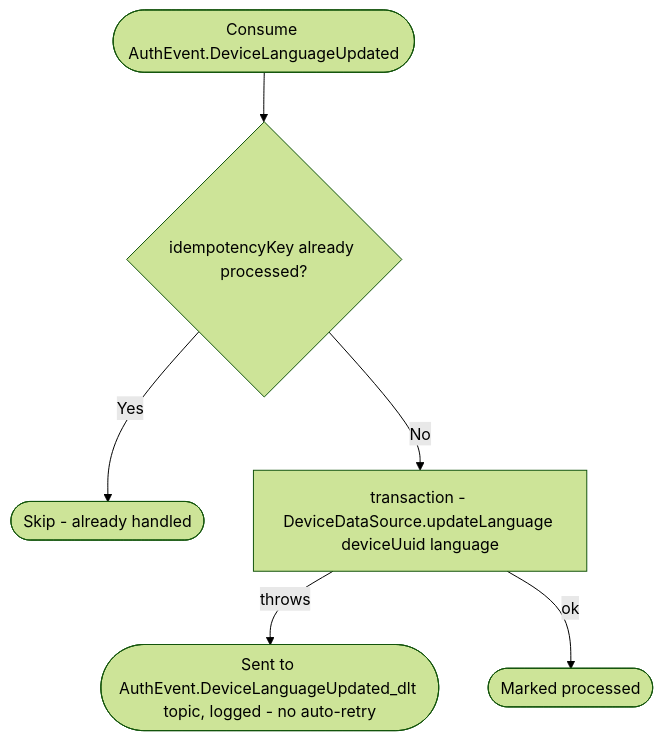
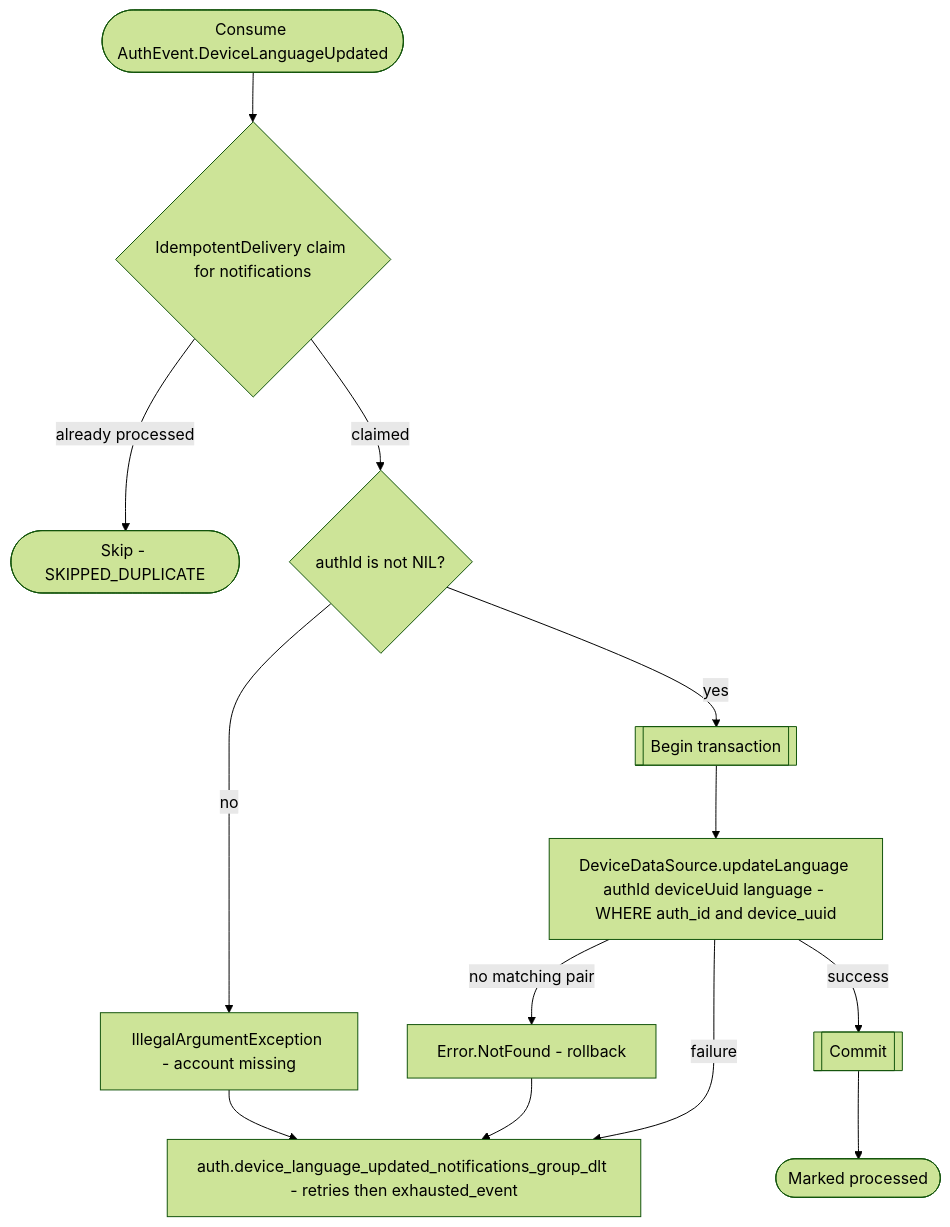
Before and after one commit to nocturneproperties/bookkme: the diagram in docs/operations/notifications/on-device-language-updated.md, drawn with Mermaid (forest theme). The commit also changed other lines of this file and 51 other files, not shown here.

````diff
--- a/docs/operations/notifications/on-device-language-updated.md
+++ b/docs/operations/notifications/on-device-language-updated.md
@@ -9,8 +7,15 @@
 ```mermaid
 flowchart TD
-    Start([Consume AuthEvent.DeviceLanguageUpdated]) --> Dedup{idempotencyKey already processed?}
-    Dedup -- Yes --> Skip([Skip - already handled])
-    Dedup -- No --> Update[transaction - DeviceDataSource.updateLanguage deviceUuid language]
-    Update -- throws --> Dlt([Sent to AuthEvent.DeviceLanguageUpdated_dlt topic, logged - no auto-retry])
-    Update -- ok --> Ack([Marked processed])
+    Start([Consume AuthEvent.DeviceLanguageUpdated]) --> Claim{IdempotentDelivery claim for notifications}
+    Claim -- already processed --> Skip([Skip - SKIPPED_DUPLICATE])
+    Claim -- claimed --> Scope{authId is not NIL?}
+    Scope -- no --> Missing[IllegalArgumentException - account missing]
+    Scope -- yes --> Tx[[Begin transaction]]
+    Tx --> Update["DeviceDataSource.updateLanguage authId deviceUuid language - WHERE auth_id and device_uuid"]
+    Update -- no matching pair --> NotFound[Error.NotFound - rollback]
+    Update -- success --> Commit[[Commit]]
+    Commit --> Ack([Marked processed])
+    Missing --> Retry["auth.device_language_updated_notifications_group_dlt - retries then exhausted_event"]
+    NotFound --> Retry
+    Update -- failure --> Retry
 ```
````
